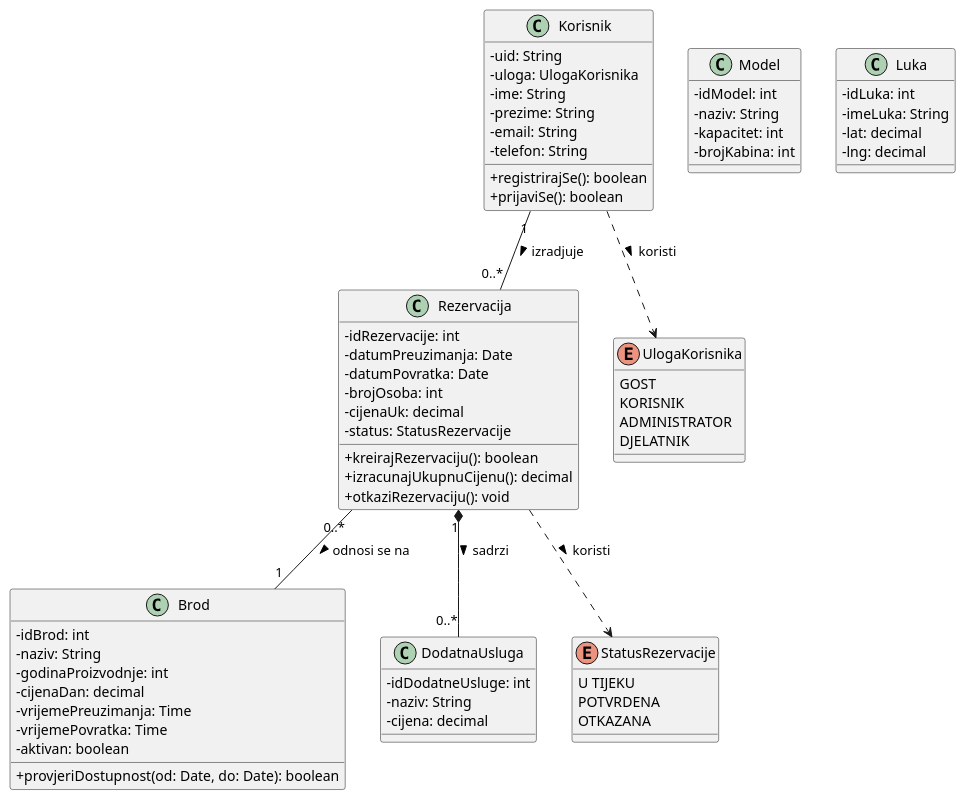
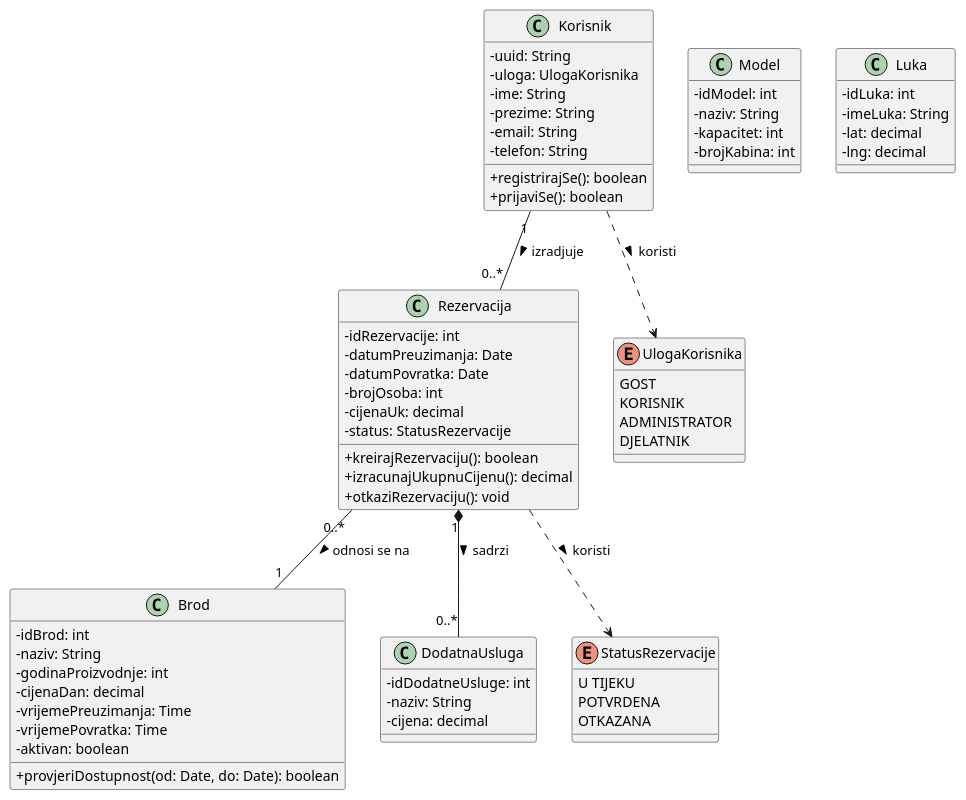
Before and after one commit to auzelac1/PROGI_PROJEKT: the diagram in docs/puml/4.3.2 UMLrazreda.puml, drawn with PlantUML.

Commit message:
Update 4.3.2 UMLrazreda.puml

```diff
--- a/docs/puml/4.3.2 UMLrazreda.puml
+++ b/docs/puml/4.3.2 UMLrazreda.puml
@@ -1,85 +1,85 @@
 @startuml Reprezentativni_UML_Dijagram_Razreda
 
 skinparam classAttributeIconSize 0
 skinparam backgroundColor #FFFFFF
 
 ' --- RAZREDI ---
 
 class Korisnik {
-  - uid: String
+  - uuid: String
   - uloga: UlogaKorisnika
   - ime: String
   - prezime: String
   - email: String
   - telefon: String
   + registrirajSe(): boolean
   + prijaviSe(): boolean
 }
 
 class Rezervacija {
   - idRezervacije: int
   - datumPreuzimanja: Date
   - datumPovratka: Date
   - brojOsoba: int
   - cijenaUk: decimal
   - status: StatusRezervacije
   + kreirajRezervaciju(): boolean
   + izracunajUkupnuCijenu(): decimal
   + otkaziRezervaciju(): void
 }
 
 class Brod {
   - idBrod: int
   - naziv: String
   - godinaProizvodnje: int
   - cijenaDan: decimal
   - vrijemePreuzimanja: Time
   - vrijemePovratka: Time
   - aktivan: boolean
   + provjeriDostupnost(od: Date, do: Date): boolean
 }
 
 class Model {
   - idModel: int
   - naziv: String
   - kapacitet: int
   - brojKabina: int
 }
 
 class Luka {
   - idLuka: int
   - imeLuka: String
   - lat: decimal
   - lng: decimal
 }
 
 class DodatnaUsluga {
   - idDodatneUsluge: int
   - naziv: String
   - cijena: decimal
 }
 
 
 enum UlogaKorisnika {
   GOST
   KORISNIK
   ADMINISTRATOR
   DJELATNIK
 }
 
 enum StatusRezervacije {
   U TIJEKU
   POTVRDENA
   OTKAZANA
   
 }
 
 ' --- VEZE (ASOCIJACIJE) ---
 
 Korisnik "1" -- "0..*" Rezervacija : izradjuje >
 Rezervacija "0..*" -- "1" Brod : odnosi se na >
 Rezervacija "1" *-- "0..*" DodatnaUsluga : sadrzi >
 Korisnik ..> UlogaKorisnika : koristi >
 Rezervacija ..> StatusRezervacije : koristi >
 
 @enduml
```
